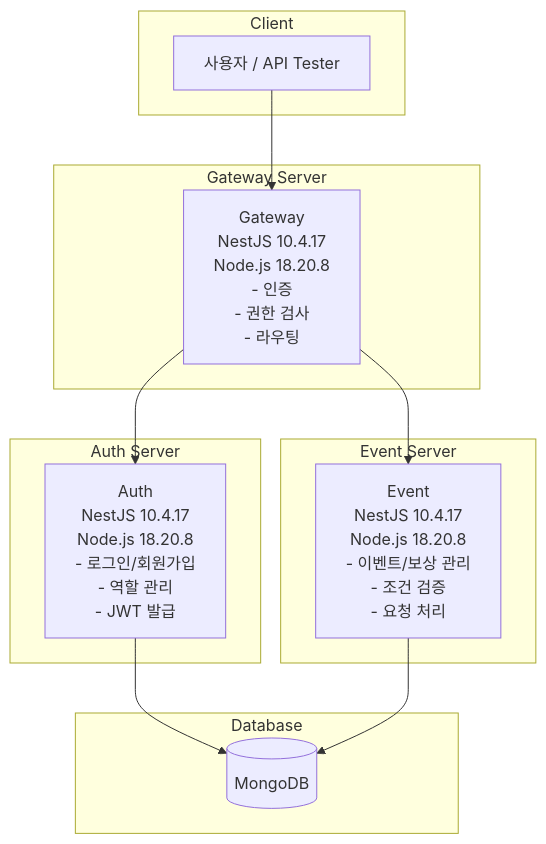
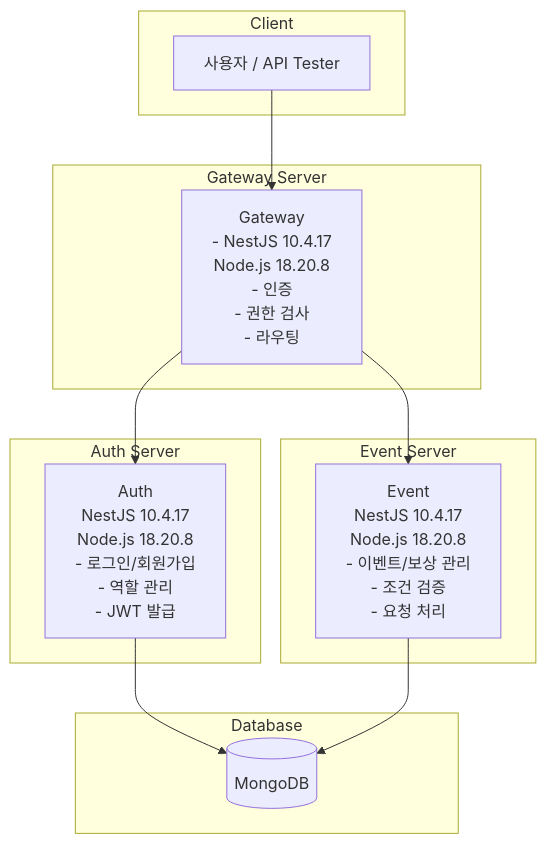
Before and after one commit to duarbdhks/nestjs-event-reward-system: the first of 2 diagrams in README.md, drawn with Mermaid. The commit also changed other lines of this file, not shown here.

````diff
--- a/README.md
+++ b/README.md
@@ -17,28 +21,28 @@
 ```mermaid
 flowchart TD
     subgraph Client
         A[사용자 / API Tester]
     end
 
     subgraph Gateway Server
-        B[Gateway\nNestJS 10.4.17\nNode.js 18.20.8\n- 인증\n- 권한 검사\n- 라우팅]
+        B[Gateway<br>- NestJS 10.4.17<br>Node.js 18.20.8<br>- 인증<br>- 권한 검사<br>- 라우팅]
     end
 
     subgraph Auth Server
-        C[Auth\nNestJS 10.4.17\nNode.js 18.20.8\n- 로그인/회원가입\n- 역할 관리\n- JWT 발급]
+        C[Auth<br>NestJS 10.4.17<br>Node.js 18.20.8<br>- 로그인/회원가입<br>- 역할 관리<br>- JWT 발급]
     end
 
     subgraph Event Server
-        D[Event\nNestJS 10.4.17\nNode.js 18.20.8\n- 이벤트/보상 관리\n- 조건 검증\n- 요청 처리]
+        D[Event<br>NestJS 10.4.17<br>Node.js 18.20.8<br>- 이벤트/보상 관리<br>- 조건 검증<br>- 요청 처리]
     end
 
     subgraph Database
         E[(MongoDB)]
     end
 
     A --> B
     B --> C
     B --> D
     C --> E
     D --> E
 ```
````
